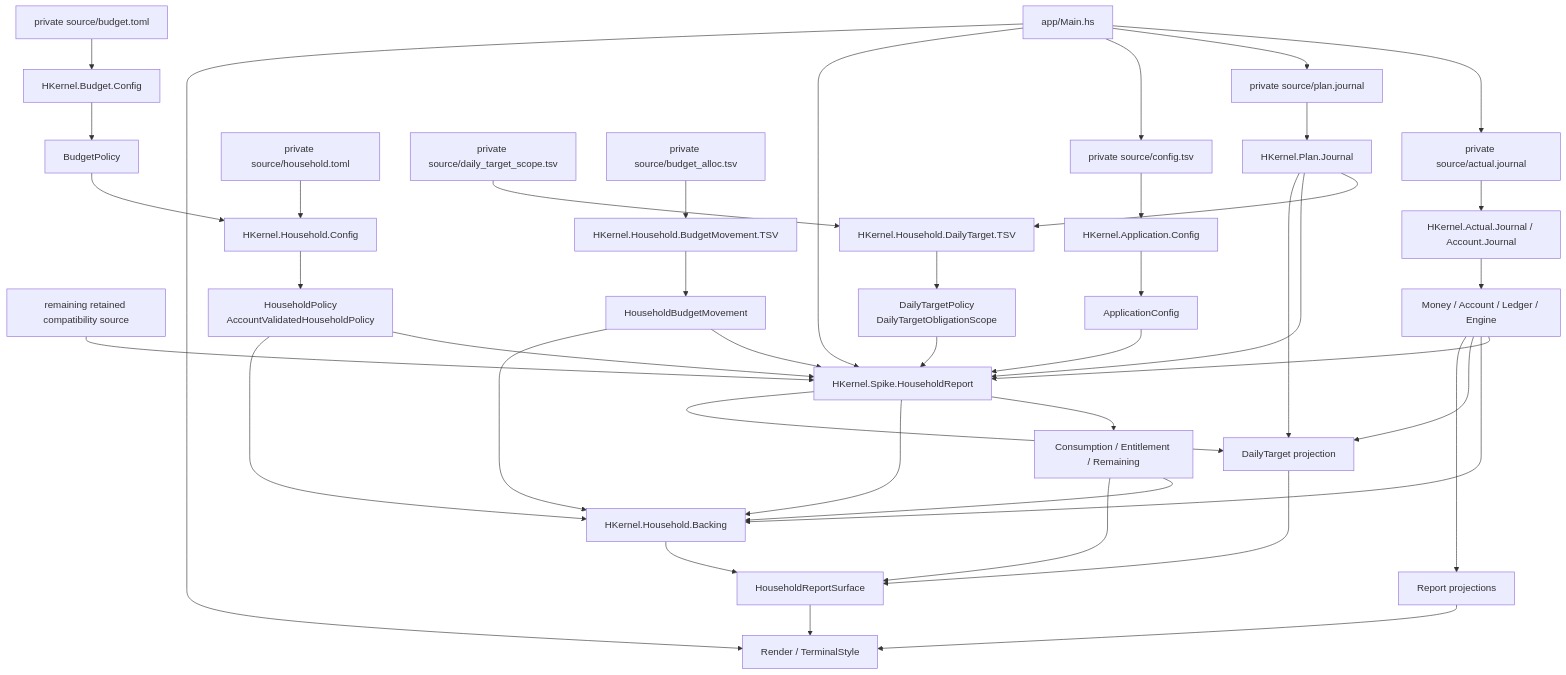
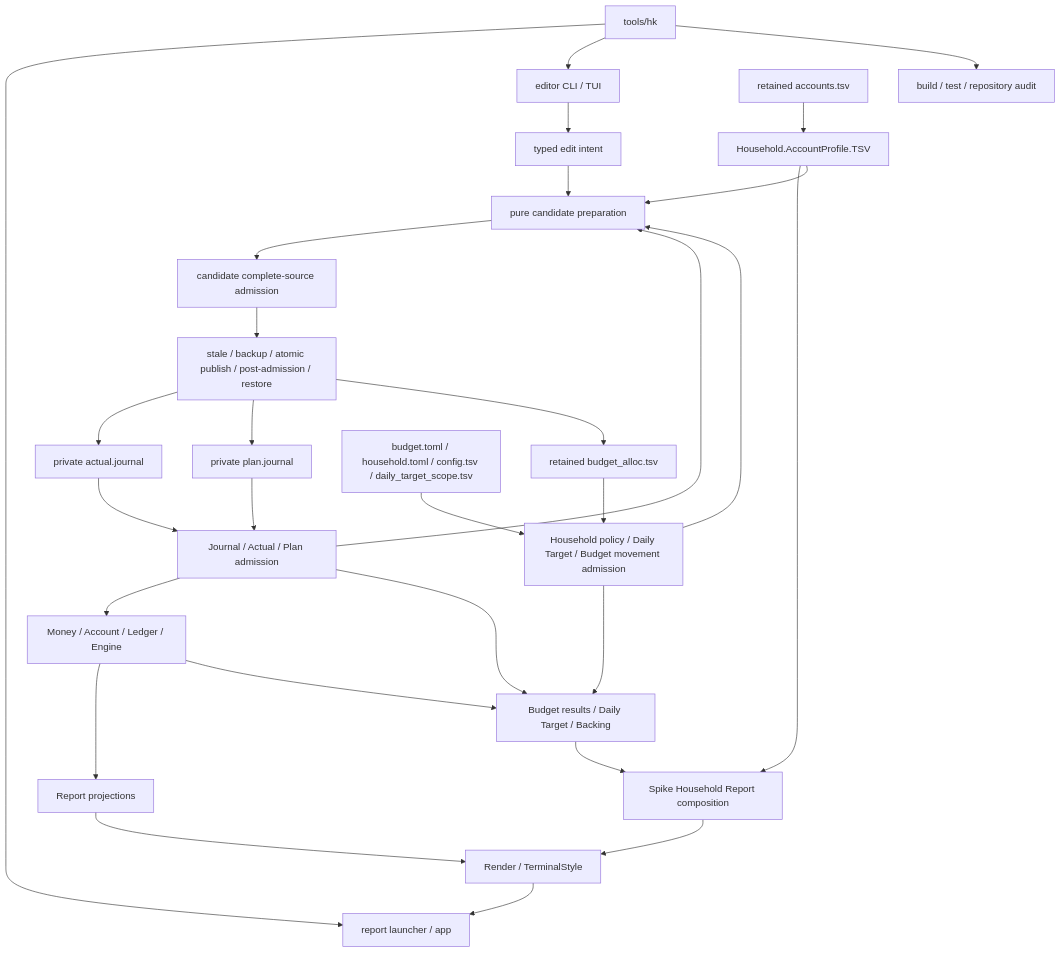
One commit to shumoku88-bit/h-kernel changed the diagram in docs/CODE_MAP_AND_DESIGN_SKETCH.md. Above: the diagram before and after it, drawn with Mermaid. The commit also changed other lines of this file and 4 other files, not shown here.

Commit message:
docs: synchronize architecture and editor current state

````diff
--- a/docs/CODE_MAP_AND_DESIGN_SKETCH.md
+++ b/docs/CODE_MAP_AND_DESIGN_SKETCH.md
@@ -83,71 +93,51 @@
 ```mermaid
 graph TD
-    ActualSource["private source/actual.journal"]
-    PlanSource["private source/plan.journal"]
-    ConfigSource["private source/config.tsv"]
-    BudgetSource["private source/budget.toml"]
-    HouseholdSource["private source/household.toml"]
-    DailyTargetSource["private source/daily_target_scope.tsv"]
-    AllocationSource["private source/budget_alloc.tsv"]
-    RetainedSources["remaining retained compatibility source"]
+    Hub["tools/hk"]
+    ReportApp["report launcher / app"]
+    EditorApp["editor CLI / TUI"]
+    Checks["build / test / repository audit"]
 
-    ActualAdmission["HKernel.Actual.Journal / Account.Journal"]
-    PlanAdmission["HKernel.Plan.Journal"]
-    ConfigAdmission["HKernel.Application.Config"]
-    BudgetAdmission["HKernel.Budget.Config"]
-    HouseholdAdmission["HKernel.Household.Config"]
-    DailyTargetAdmission["HKernel.Household.DailyTarget.TSV"]
-    MovementAdmission["HKernel.Household.BudgetMovement.TSV"]
+    ActualSource["private actual.journal"]
+    PlanSource["private plan.journal"]
+    AccountProfileSource["retained accounts.tsv"]
+    BudgetMovementSource["retained budget_alloc.tsv"]
+    ConfigSources["budget.toml / household.toml / config.tsv / daily_target_scope.tsv"]
 
+    CoreAdmission["Journal / Actual / Plan admission"]
+    AccountProfileAdmission["Household.AccountProfile.TSV"]
+    HouseholdAdmission["Household policy / Daily Target / Budget movement admission"]
     Accounting["Money / Account / Ledger / Engine"]
-    ApplicationConfig["ApplicationConfig"]
-    BudgetPolicy["BudgetPolicy"]
-    HouseholdPolicy["HouseholdPolicy\nAccountValidatedHouseholdPolicy"]
-    DailyTargetScope["DailyTargetPolicy\nDailyTargetObligationScope"]
-    BudgetMovement["HouseholdBudgetMovement"]
-    BudgetResults["Consumption / Entitlement / Remaining"]
-    DailyTarget["DailyTarget projection"]
-    Backing["HKernel.Household.Backing"]
-    HouseholdComposition["HKernel.Spike.HouseholdReport"]
-    Surface["HouseholdReportSurface"]
+    Household["Budget results / Daily Target / Backing"]
+    Composition["Spike Household Report composition"]
     Reports["Report projections"]
     Render["Render / TerminalStyle"]
-    Main["app/Main.hs"]
 
-    ActualSource --> ActualAdmission --> Accounting
-    PlanSource --> PlanAdmission
-    ConfigSource --> ConfigAdmission --> ApplicationConfig --> HouseholdComposition
-    BudgetSource --> BudgetAdmission --> BudgetPolicy
-    HouseholdSource --> HouseholdAdmission
-    BudgetPolicy --> HouseholdAdmission --> HouseholdPolicy
-    DailyTargetSource --> DailyTargetAdmission --> DailyTargetScope
-    PlanAdmission --> DailyTargetAdmission
-    AllocationSource --> MovementAdmission --> BudgetMovement --> HouseholdComposition
+    Intent["typed edit intent"]
+    Candidate["pure candidate preparation"]
+    CompleteAdmission["candidate complete-source admission"]
+    Writer["stale / backup / atomic publish / post-admission / restore"]
 
-    Accounting --> HouseholdComposition
-    PlanAdmission --> HouseholdComposition
-    HouseholdPolicy --> HouseholdComposition
-    DailyTargetScope --> HouseholdComposition
-    RetainedSources --> HouseholdComposition
+    Hub --> ReportApp
+    Hub --> EditorApp
+    Hub --> Checks
 
-    HouseholdComposition --> BudgetResults
-    HouseholdComposition --> Backing
-    HouseholdComposition --> DailyTarget
-    Accounting --> Backing
-    HouseholdPolicy --> Backing
-    BudgetMovement --> Backing
-    BudgetResults --> Backing
-    Accounting --> DailyTarget
-    PlanAdmission --> DailyTarget
-    BudgetResults --> Surface
-    Backing --> Surface
-    DailyTarget --> Surface
-    Accounting --> Reports
-    Surface --> Render
-    Reports --> Render
-    Main --> ActualSource
-    Main --> PlanSource
-    Main --> ConfigSource
-    Main --> HouseholdComposition
-    Main --> Render
+    ActualSource --> CoreAdmission --> Accounting
+    PlanSource --> CoreAdmission
+    AccountProfileSource --> AccountProfileAdmission
+    BudgetMovementSource --> HouseholdAdmission
+    ConfigSources --> HouseholdAdmission
+
+    Accounting --> Reports --> Render --> ReportApp
+    Accounting --> Household
+    CoreAdmission --> Household
+    AccountProfileAdmission --> Composition
+    HouseholdAdmission --> Household --> Composition --> Render
+
+    EditorApp --> Intent --> Candidate --> CompleteAdmission --> Writer
+    CoreAdmission --> Candidate
+    AccountProfileAdmission --> Candidate
+    HouseholdAdmission --> Candidate
+    Writer --> ActualSource
+    Writer --> PlanSource
+    Writer --> BudgetMovementSource
 ```
````
